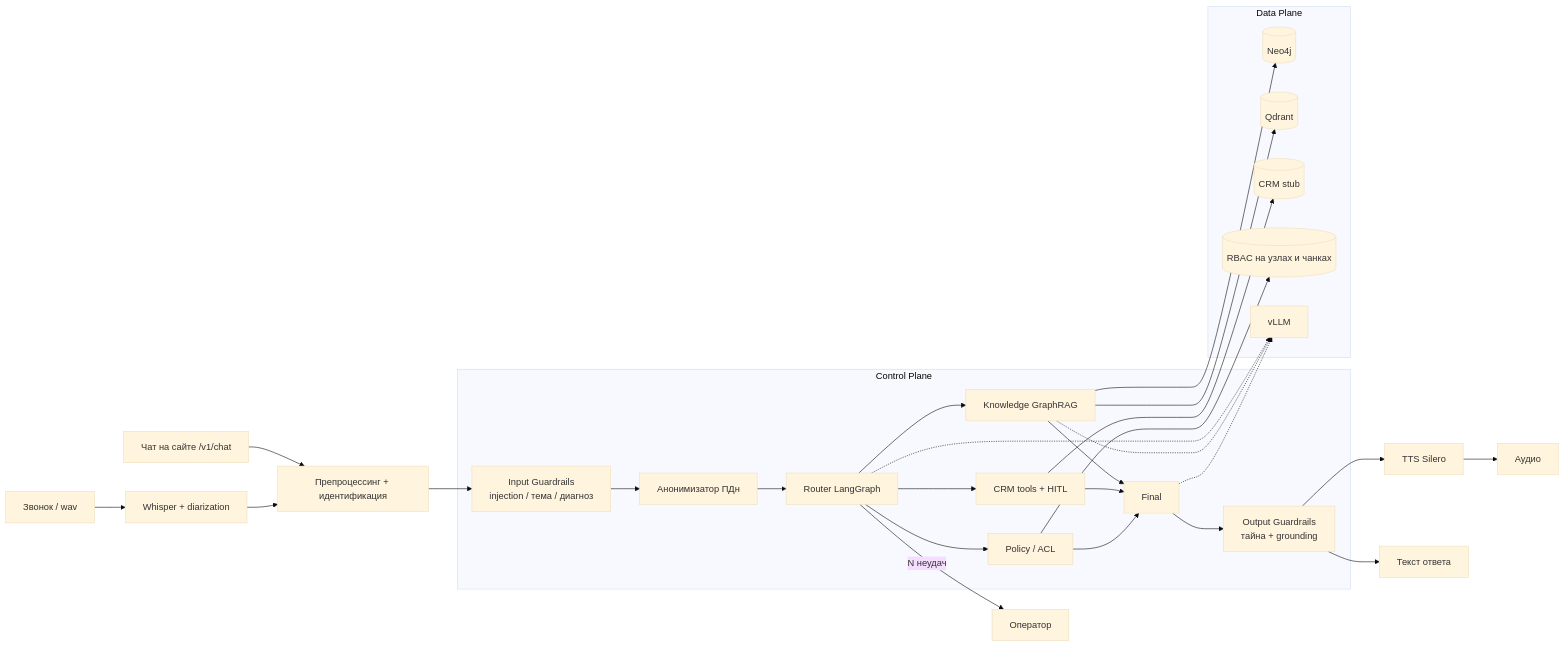
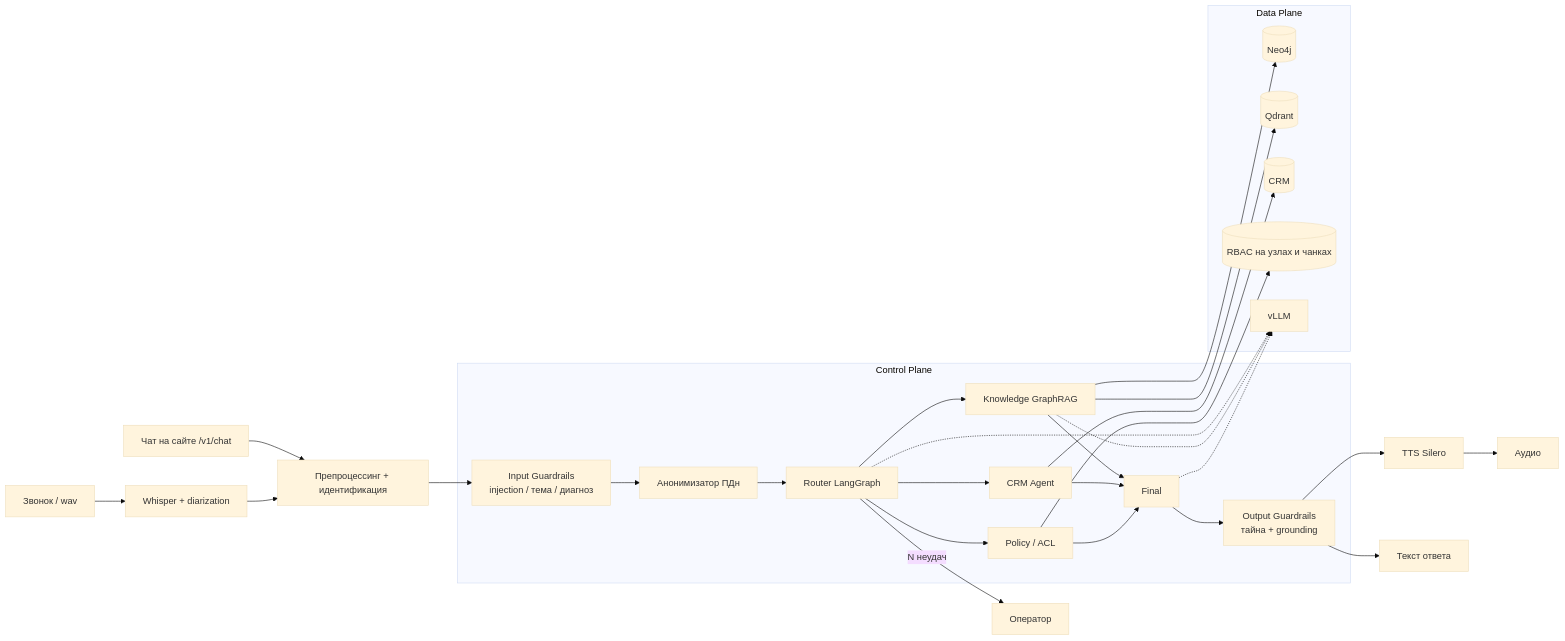
Before and after one commit to divisee/otus-ai-architect: the fourth of 8 diagrams in final-project/README.md, drawn with Mermaid (base theme). The commit also changed other lines of this file, not shown here.

Commit message:
Call the booking system CRM on every diagram and drop the paired context table.

````diff
--- a/final-project/README.md
+++ b/final-project/README.md
@@ -334,50 +331,50 @@
 ```mermaid
 flowchart LR
     CALL[Звонок / wav] --> ASR[Whisper + diarization]
     TXT[Чат на сайте /v1/chat] --> PRE
     ASR --> PRE[Препроцессинг + идентификация]
     PRE --> IG[Input Guardrails<br/>injection / тема / диагноз]
     IG --> ANON[Анонимизатор ПДн]
     ANON --> R[Router LangGraph]
 
     R --> K[Knowledge GraphRAG]
-    R --> C[CRM tools + HITL]
+    R --> C[CRM Agent]
     R --> POL[Policy / ACL]
     R -->|N неудач| OP[Оператор]
 
     K --> G[(Neo4j)]
     K --> V[(Qdrant)]
-    C --> CRM[(CRM stub)]
+    C --> CRM[(CRM)]
     POL --> ACL[(RBAC на узлах и чанках)]
 
     K --> F[Final]
     C --> F
     POL --> F
     F --> OG[Output Guardrails<br/>тайна + grounding]
     OG --> TTS[TTS Silero]
     OG --> OUT[Текст ответа]
     TTS --> AUDIO[Аудио]
 
     subgraph CP["Control Plane"]
         IG
         ANON
         R
         K
         C
         POL
         F
         OG
     end
 
     subgraph DP["Data Plane"]
         G
         V
         CRM
         ACL
         LLM[vLLM]
     end
 
     R -.-> LLM
     K -.-> LLM
     F -.-> LLM
 ```
````
